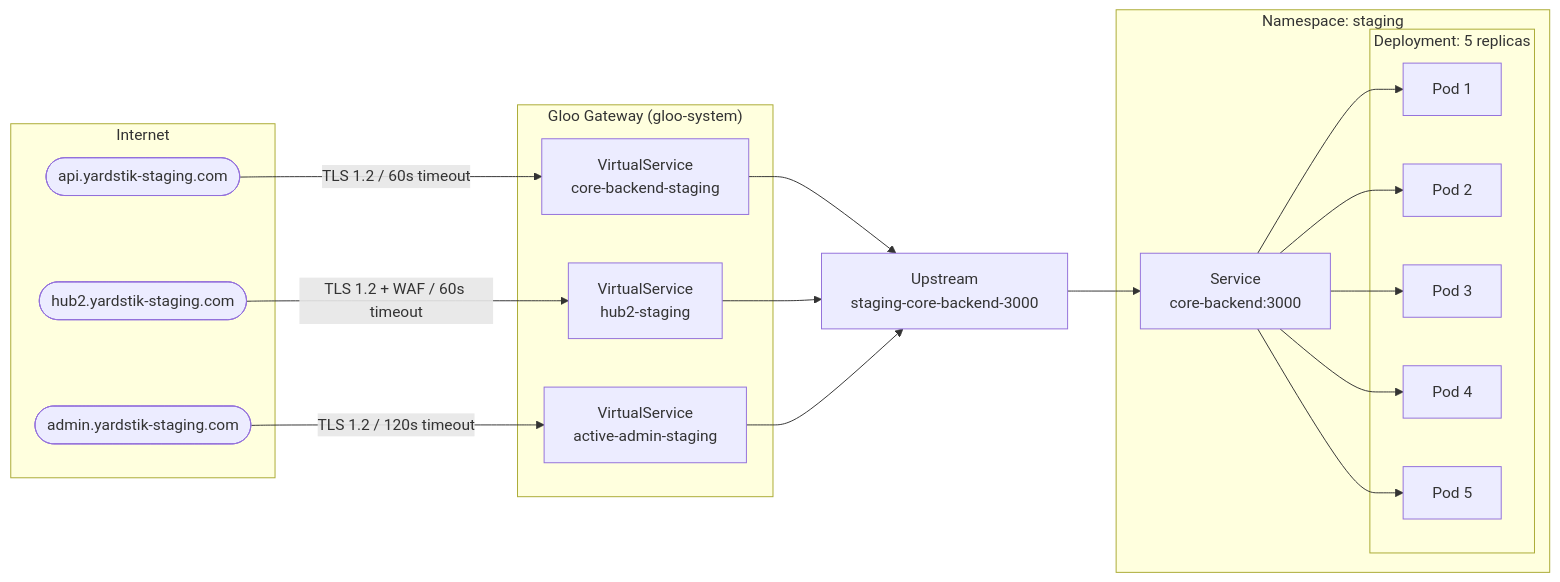
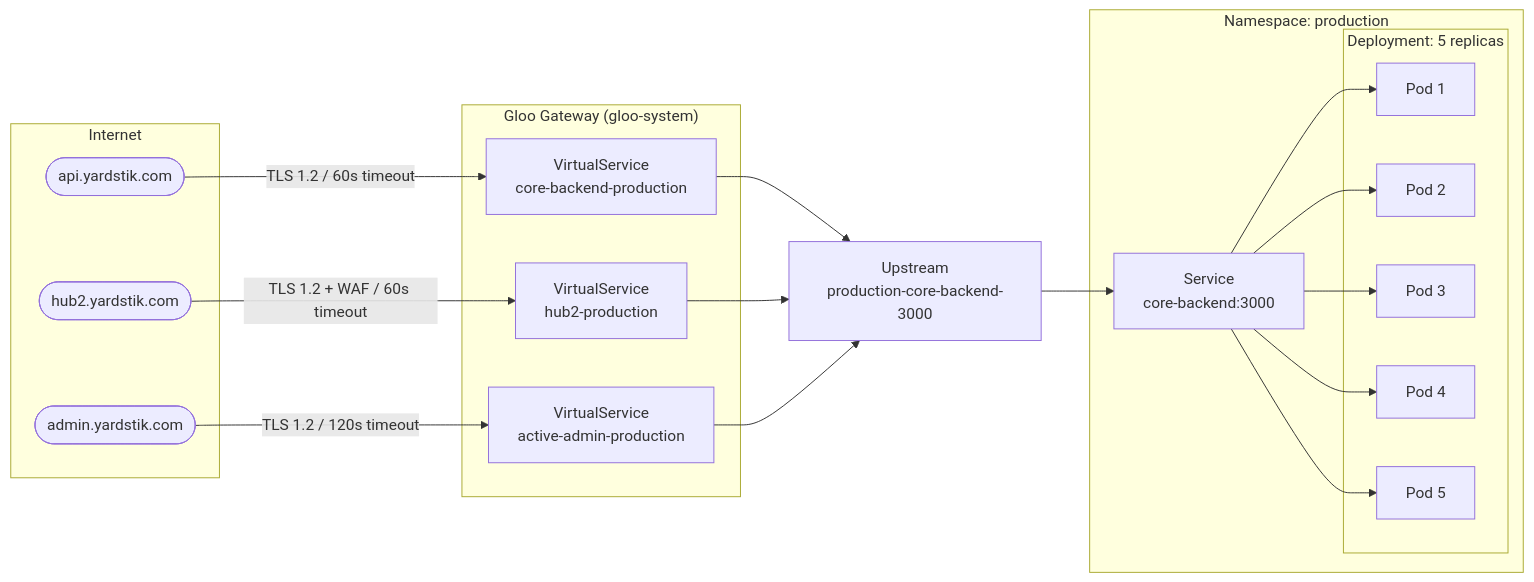
One commit to skylukas1/Diagrams changed the first of 3 diagrams in core.backend.md. Above: the diagram before and after it, drawn with Mermaid. The commit also changed other lines of this file, not shown here.

````diff
--- a/core.backend.md
+++ b/core.backend.md
@@ -24,40 +24,40 @@
 ```mermaid
 graph LR
     subgraph Internet
-        C1([api.yardstik-staging.com])
-        C2([hub2.yardstik-staging.com])
-        C3([admin.yardstik-staging.com])
+        C1([api.yardstik.com])
+        C2([hub2.yardstik.com])
+        C3([admin.yardstik.com])
     end
 
     subgraph "Gloo Gateway (gloo-system)"
-        VS1["VirtualService<br/>core-backend-staging"]
-        VS2["VirtualService<br/>hub2-staging"]
-        VS3["VirtualService<br/>active-admin-staging"]
+        VS1["VirtualService<br/>core-backend-production"]
+        VS2["VirtualService<br/>hub2-production"]
+        VS3["VirtualService<br/>active-admin-production"]
     end
 
-    UP["Upstream<br/>staging-core-backend-3000"]
+    UP["Upstream<br/>production-core-backend-3000"]
 
-    subgraph "Namespace: staging"
+    subgraph "Namespace: production"
         SVC["Service<br/>core-backend:3000"]
         subgraph "Deployment: 5 replicas"
             P1[Pod 1]
             P2[Pod 2]
             P3[Pod 3]
             P4[Pod 4]
             P5[Pod 5]
         end
     end
 
     C1 -->|"TLS 1.2 / 60s timeout"| VS1
     C2 -->|"TLS 1.2 + WAF / 60s timeout"| VS2
     C3 -->|"TLS 1.2 / 120s timeout"| VS3
     VS1 --> UP
     VS2 --> UP
     VS3 --> UP
     UP --> SVC
     SVC --> P1
     SVC --> P2
     SVC --> P3
     SVC --> P4
     SVC --> P5
 ```
````
